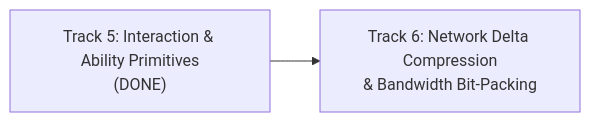
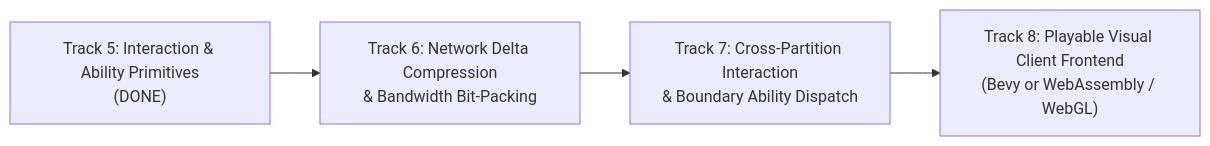
Before and after one commit to Jakousa/rust-server: the diagram in ROADMAP.md, drawn with Mermaid. The commit also changed other lines of this file and 1 other file, not shown here.

First line of the commit message:
docs: update openspec-pro-workflow skill with PR workflow and refine roadmap (#4)

````diff
--- a/ROADMAP.md
+++ b/ROADMAP.md
@@ -73,4 +73,6 @@
 ```mermaid
 flowchart LR
     T5["Track 5: Interaction & Ability Primitives\n(DONE)"] --> T6["Track 6: Network Delta Compression\n& Bandwidth Bit-Packing"]
+    T6 --> T7["Track 7: Cross-Partition Interaction\n& Boundary Ability Dispatch"]
+    T7 --> T8["Track 8: Playable Visual Client Frontend\n(Bevy or WebAssembly / WebGL)"]
 ```
````
